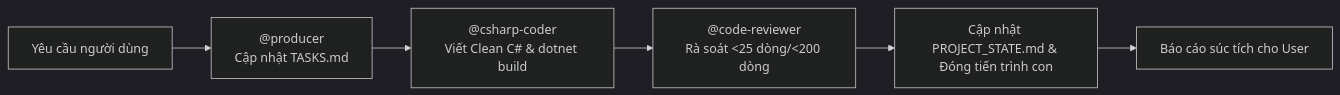
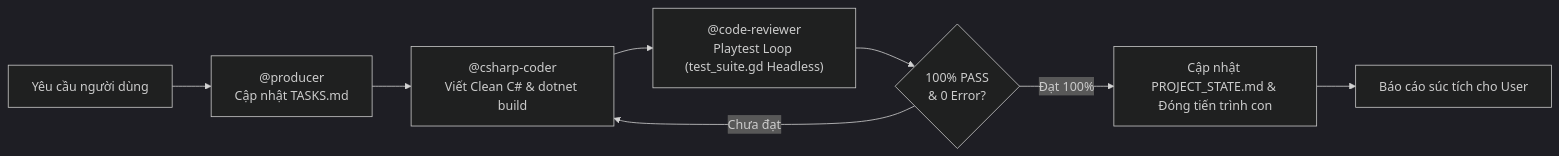
One commit to namsoaica/gamexnhau changed the first of 3 diagrams in GEMINI.md. Above: the diagram before and after it, drawn with Mermaid (dark theme). The commit also changed other lines of this file and 5 other files, not shown here.

Commit message:
feat: establish requirement-driven auto-playtest loop with self-healing across code-reviewer skill, AGENTS.md, GEMINI.md and test_suite.gd

````diff
--- a/GEMINI.md
+++ b/GEMINI.md
@@ -26,8 +26,10 @@
 ```mermaid
 flowchart LR
     User["Yêu cầu người dùng"] --> Producer["@producer<br>Cập nhật TASKS.md"]
     Producer --> Coder["@csharp-coder<br>Viết Clean C# & dotnet build"]
-    Coder --> Reviewer["@code-reviewer<br>Rà soát <25 dòng/<200 dòng"]
-    Reviewer --> State["Cập nhật PROJECT_STATE.md & Đóng tiến trình con"]
+    Coder --> Reviewer["@code-reviewer<br>Playtest Loop (test_suite.gd Headless)"]
+    Reviewer --> SelfHeal{"100% PASS<br>& 0 Error?"}
+    SelfHeal -- "Chưa đạt" --> Coder
+    SelfHeal -- "Đạt 100%" --> State["Cập nhật PROJECT_STATE.md & Đóng tiến trình con"]
     State --> Report["Báo cáo súc tích cho User"]
 ```
````
